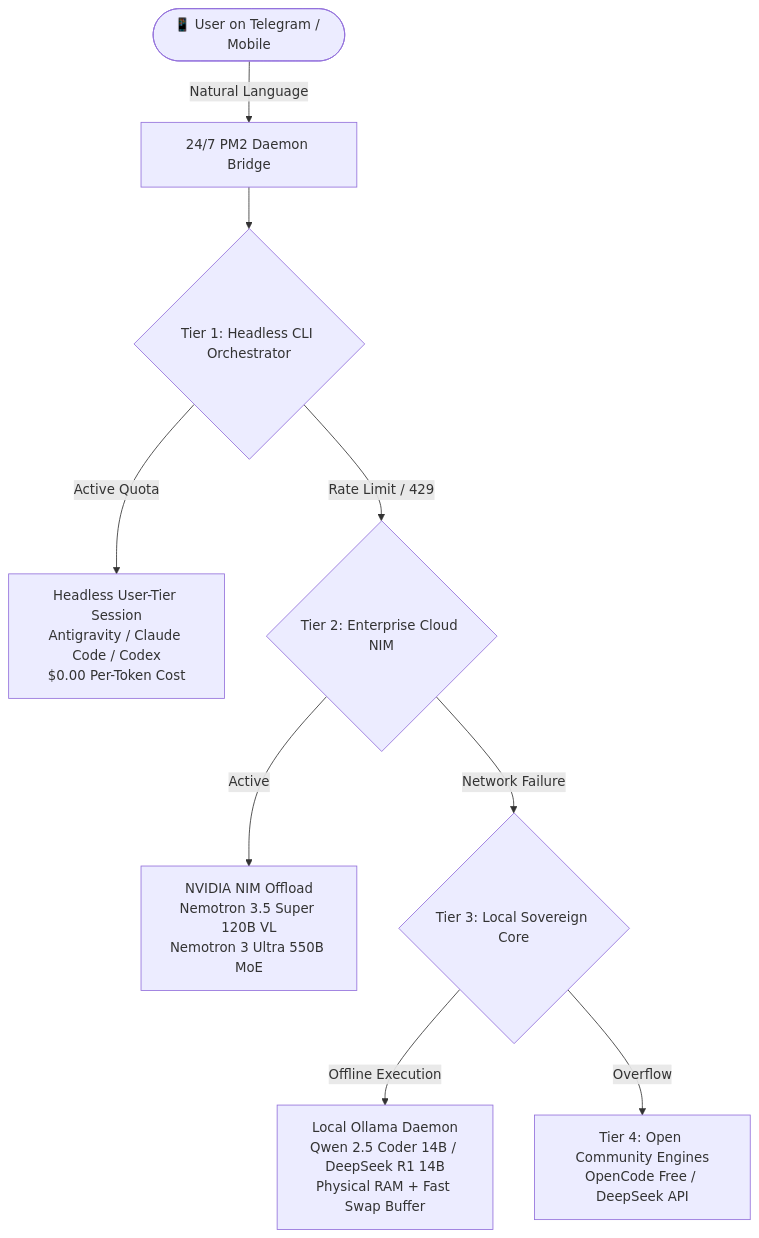
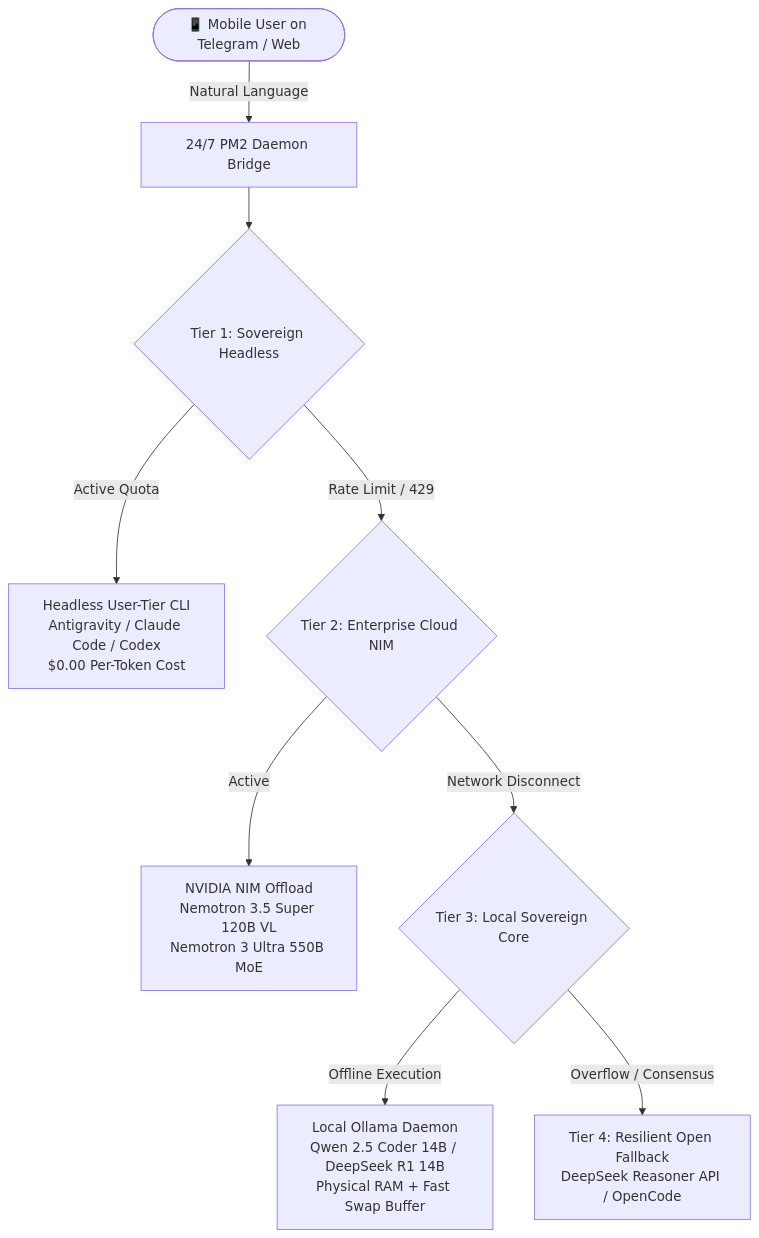
The diagram in README.md (PabloIan92/infinite-ai-mesh), drawn with Mermaid before and after one commit. The commit also changed other lines of this file and 2 other files, not shown here.

````diff
--- a/README.md
+++ b/README.md
@@ -22,14 +28,14 @@
 ```mermaid
 graph TD
-    User([📱 User on Telegram / Mobile]) -->|Natural Language| Bridge[24/7 PM2 Daemon Bridge]
-    Bridge --> Tier1{Tier 1: Headless CLI Orchestrator}
+    User([📱 Mobile User on Telegram / Web]) -->|Natural Language| Bridge[24/7 PM2 Daemon Bridge]
+    Bridge --> Tier1{Tier 1: Sovereign Headless}
 
-    Tier1 -->|Active Quota| T1[Headless User-Tier Session\nAntigravity / Claude Code / Codex\n$0.00 Per-Token Cost]
+    Tier1 -->|Active Quota| T1[Headless User-Tier CLI\nAntigravity / Claude Code / Codex\n$0.00 Per-Token Cost]
     Tier1 -->|Rate Limit / 429| Tier2{Tier 2: Enterprise Cloud NIM}
 
     Tier2 -->|Active| T2[NVIDIA NIM Offload\nNemotron 3.5 Super 120B VL\nNemotron 3 Ultra 550B MoE]
-    Tier2 -->|Network Failure| Tier3{Tier 3: Local Sovereign Core}
+    Tier2 -->|Network Disconnect| Tier3{Tier 3: Local Sovereign Core}
 
     Tier3 -->|Offline Execution| T3[Local Ollama Daemon\nQwen 2.5 Coder 14B / DeepSeek R1 14B\nPhysical RAM + Fast Swap Buffer]
-    Tier3 -->|Overflow| Tier4[Tier 4: Open Community Engines\nOpenCode Free / DeepSeek API]
+    Tier3 -->|Overflow / Consensus| Tier4[Tier 4: Resilient Open Fallback\nDeepSeek Reasoner API / OpenCode]
 ```
````
